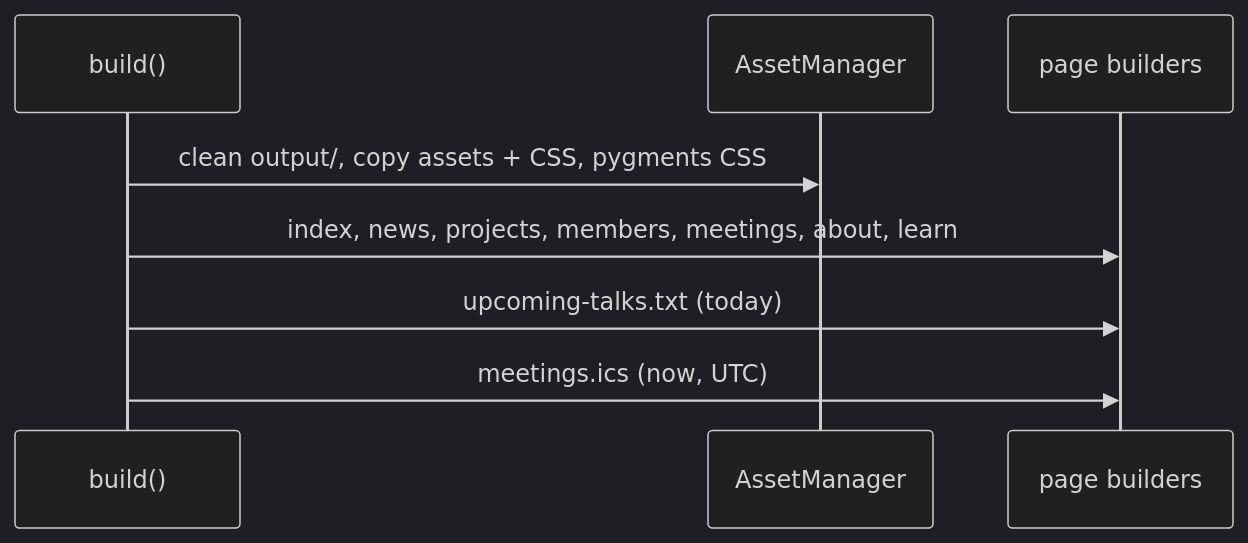
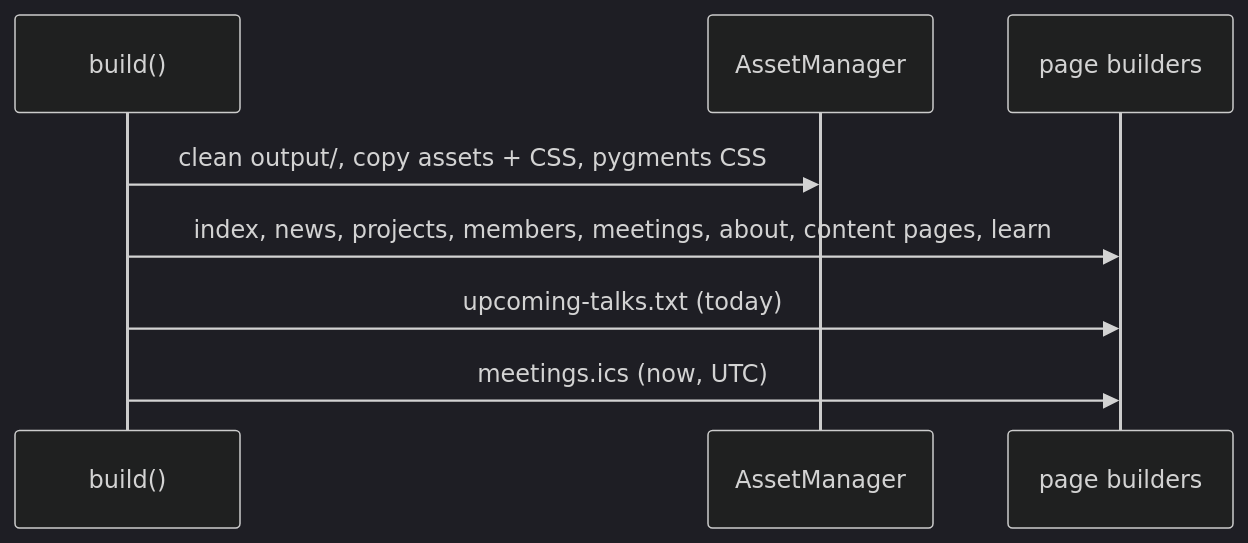
One commit to Boston-Robot-Hackers/brh-website-2 changed the second of 2 diagrams in process/01-literate/05-build.md. Above: the diagram before and after it, drawn with Mermaid (dark theme). The commit also changed other lines of this file and 4 other files, not shown here.

````diff
--- a/process/01-literate/05-build.md
+++ b/process/01-literate/05-build.md
@@ -103,10 +126,10 @@
 ```mermaid
 sequenceDiagram
     participant B as build()
     participant A as AssetManager
     participant P as page builders
     B->>A: clean output/, copy assets + CSS, pygments CSS
-    B->>P: index, news, projects, members, meetings, about, learn
+    B->>P: index, news, projects, members, meetings, about, content pages, learn
     B->>P: upcoming-talks.txt (today)
     B->>P: meetings.ics (now, UTC)
 ```
````
